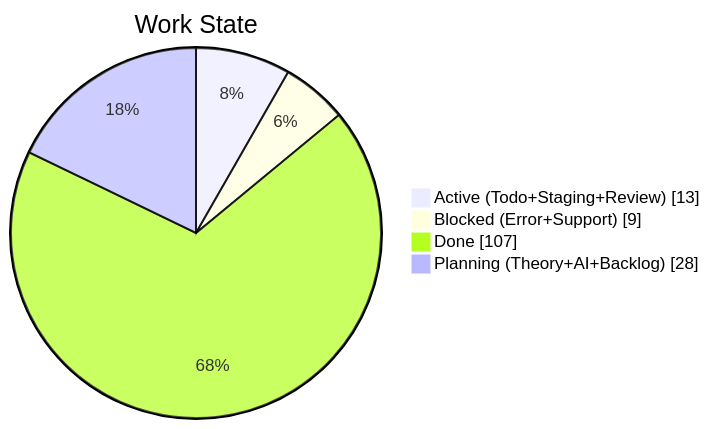
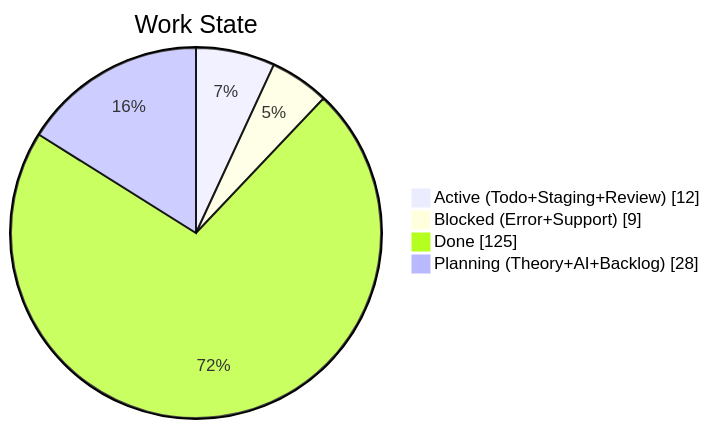
The second of 4 diagrams in apps/kbve/astro-kbve/src/content/docs/dashboard/kanban-data.mdx (KBVE/kbve), drawn with Mermaid before and after one commit. The commit also changed other lines of this file and 8 other files, not shown here.

````diff
--- a/apps/kbve/astro-kbve/src/content/docs/dashboard/kanban-data.mdx
+++ b/apps/kbve/astro-kbve/src/content/docs/dashboard/kanban-data.mdx
@@ -68,8 +67,8 @@
 ```mermaid
 pie showData
     title Work State
-    "Active (Todo+Staging+Review)" : 13
+    "Active (Todo+Staging+Review)" : 12
     "Blocked (Error+Support)" : 9
-    "Done" : 107
+    "Done" : 125
     "Planning (Theory+AI+Backlog)" : 28
 ```
````
